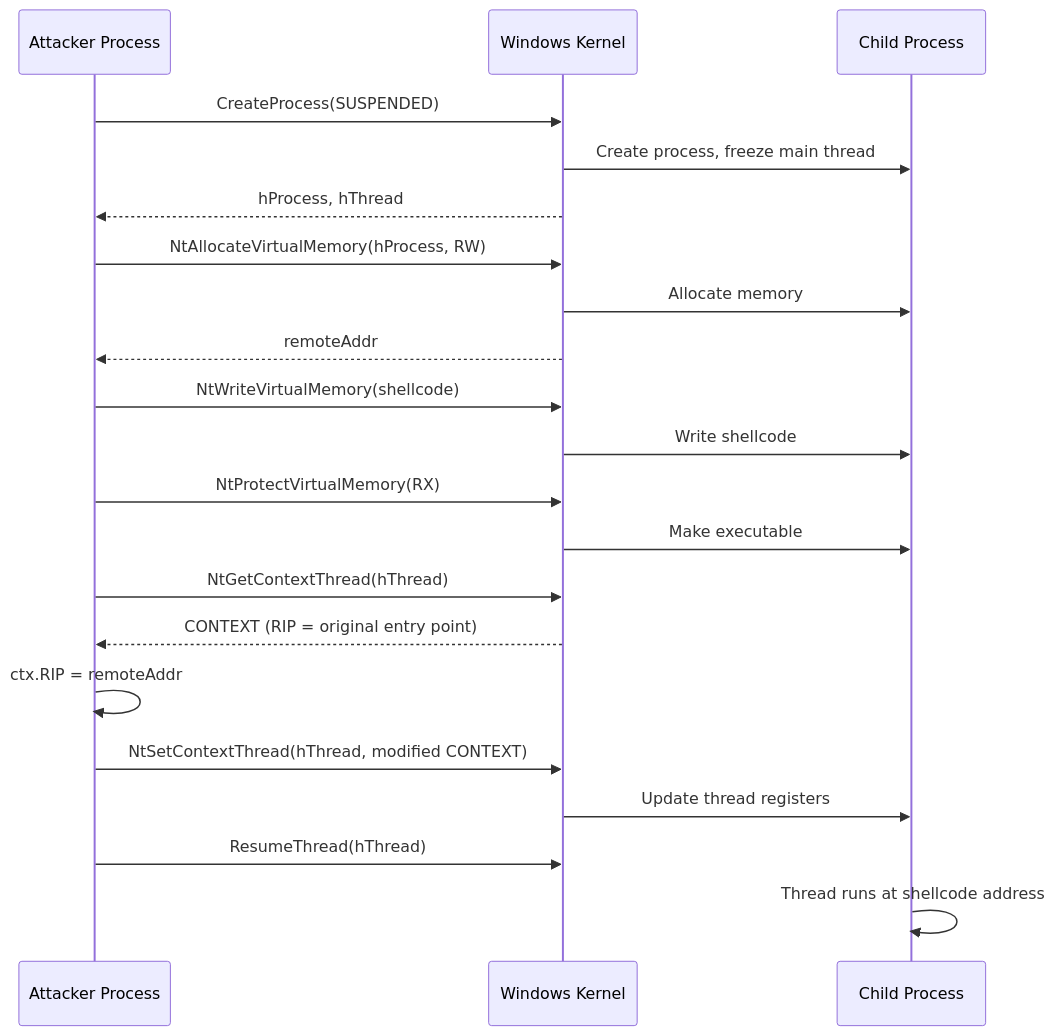
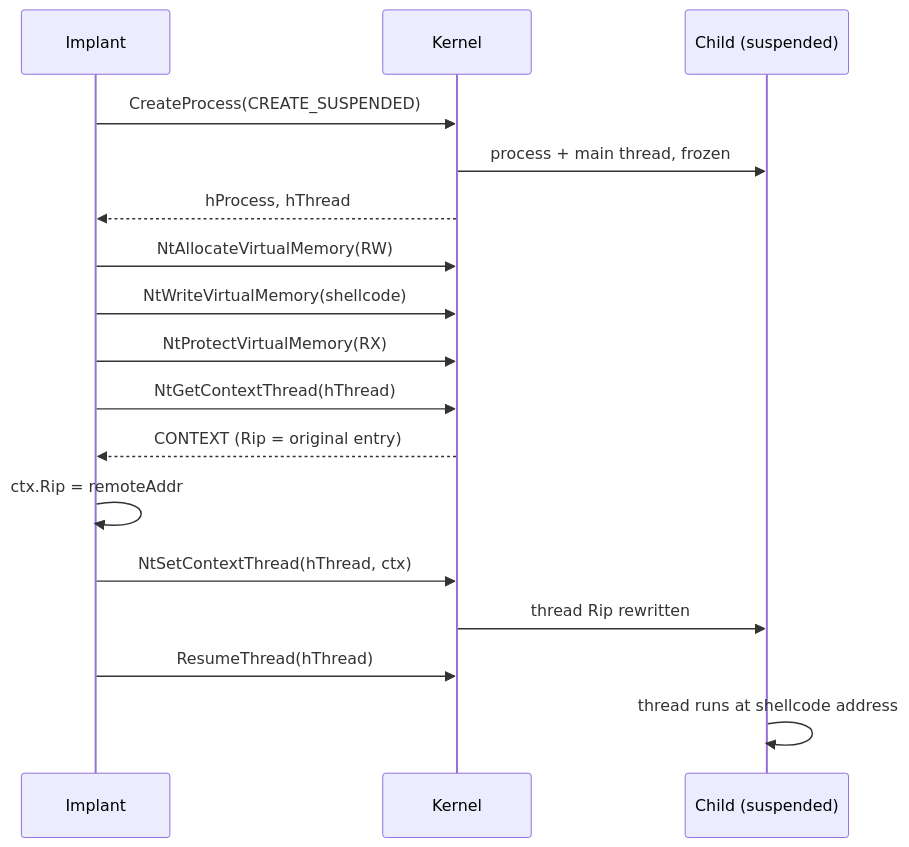
Before and after one commit to oioio-space/maldev: the diagram in docs/techniques/injection/thread-hijack.md, drawn with Mermaid. The commit also changed other lines of this file and 2 other files, not shown here.

````diff
--- a/docs/techniques/injection/thread-hijack.md
+++ b/docs/techniques/injection/thread-hijack.md
@@ -15,31 +42,24 @@
 ```mermaid
 sequenceDiagram
-    participant Attacker as Attacker Process
-    participant Kernel as Windows Kernel
-    participant Child as Child Process
+    participant Impl as Implant
+    participant Kern as Kernel
+    participant Child as Child (suspended)
 
-    Attacker->>Kernel: CreateProcess(SUSPENDED)
-    Kernel->>Child: Create process, freeze main thread
-    Kernel-->>Attacker: hProcess, hThread
+    Impl->>Kern: CreateProcess(CREATE_SUSPENDED)
+    Kern->>Child: process + main thread, frozen
+    Kern-->>Impl: hProcess, hThread
 
-    Attacker->>Kernel: NtAllocateVirtualMemory(hProcess, RW)
-    Kernel->>Child: Allocate memory
-    Kernel-->>Attacker: remoteAddr
+    Impl->>Kern: NtAllocateVirtualMemory(RW)
+    Impl->>Kern: NtWriteVirtualMemory(shellcode)
+    Impl->>Kern: NtProtectVirtualMemory(RX)
 
-    Attacker->>Kernel: NtWriteVirtualMemory(shellcode)
-    Kernel->>Child: Write shellcode
+    Impl->>Kern: NtGetContextThread(hThread)
+    Kern-->>Impl: CONTEXT (Rip = original entry)
 
-    Attacker->>Kernel: NtProtectVirtualMemory(RX)
-    Kernel->>Child: Make executable
+    Impl->>Impl: ctx.Rip = remoteAddr
+    Impl->>Kern: NtSetContextThread(hThread, ctx)
+    Kern->>Child: thread Rip rewritten
 
-    Attacker->>Kernel: NtGetContextThread(hThread)
-    Kernel-->>Attacker: CONTEXT (RIP = original entry point)
-
-    Attacker->>Attacker: ctx.RIP = remoteAddr
-
-    Attacker->>Kernel: NtSetContextThread(hThread, modified CONTEXT)
-    Kernel->>Child: Update thread registers
-
-    Attacker->>Kernel: ResumeThread(hThread)
-    Child->>Child: Thread runs at shellcode address
+    Impl->>Kern: ResumeThread(hThread)
+    Child->>Child: thread runs at shellcode address
 ```
````
